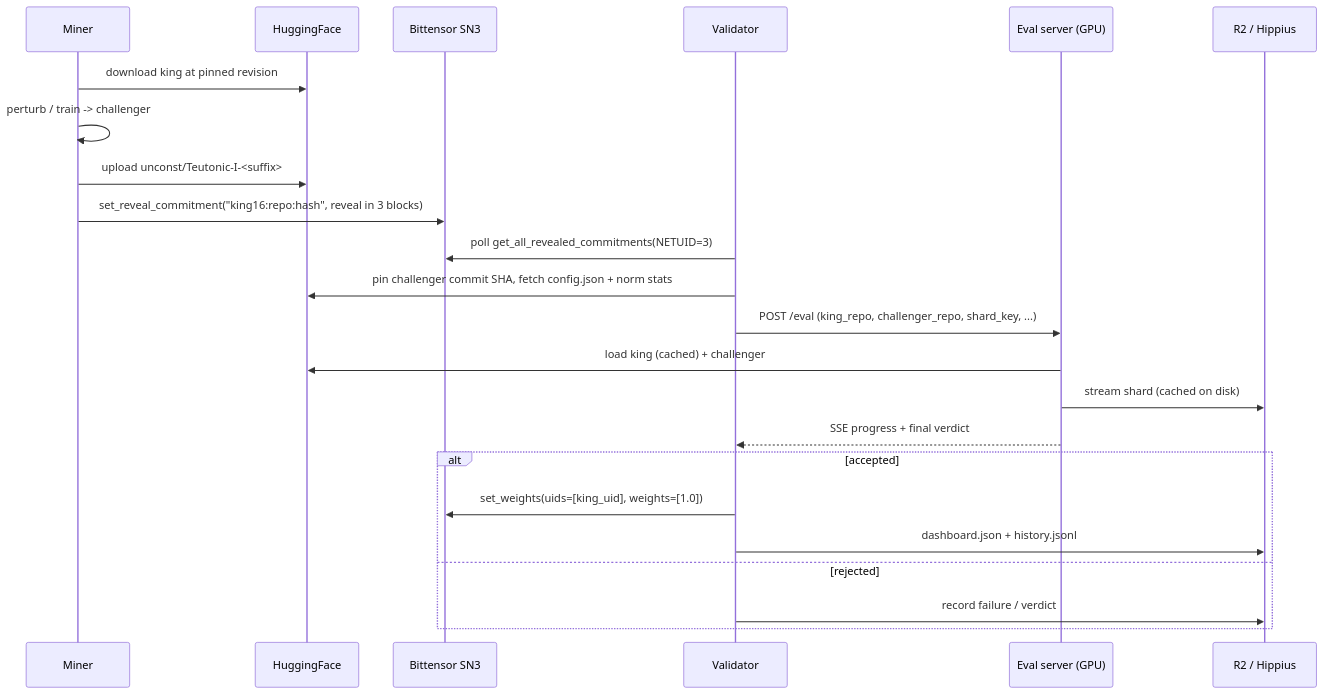
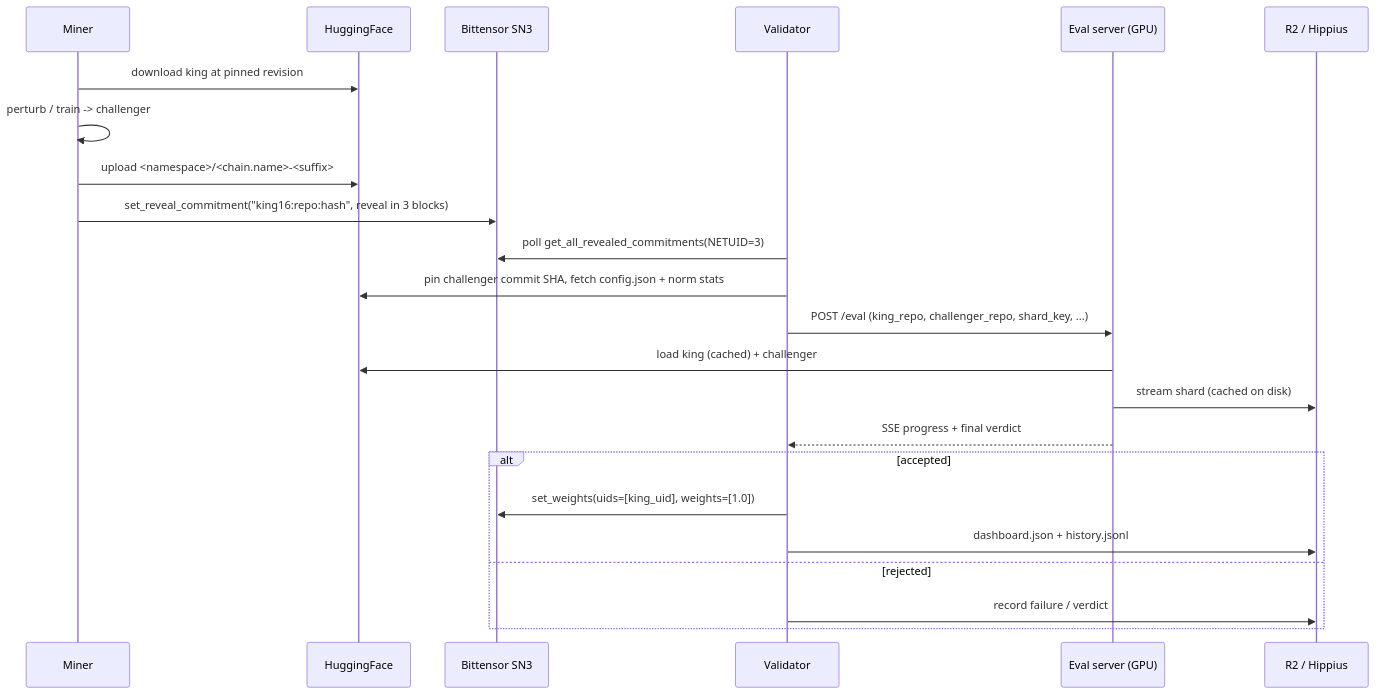
One commit to roykollensvendsen/teutonic changed the first of 2 diagrams in docs/DESIGN.md. Above: the diagram before and after it, drawn with Mermaid. The commit also changed other lines of this file and 34 other files, not shown here.

````diff
--- a/docs/DESIGN.md
+++ b/docs/DESIGN.md
@@ -40,26 +40,26 @@
 ```mermaid
 sequenceDiagram
     participant Miner
     participant HF as HuggingFace
     participant Chain as Bittensor SN3
     participant Validator
     participant EvalSrv as Eval server (GPU)
     participant Store as R2 / Hippius
 
     Miner->>HF: download king at pinned revision
     Miner->>Miner: perturb / train -> challenger
-    Miner->>HF: upload unconst/Teutonic-I-<suffix>
+    Miner->>HF: upload <namespace>/<chain.name>-<suffix>
     Miner->>Chain: set_reveal_commitment("king16:repo:hash", reveal in 3 blocks)
     Validator->>Chain: poll get_all_revealed_commitments(NETUID=3)
     Validator->>HF: pin challenger commit SHA, fetch config.json + norm stats
     Validator->>EvalSrv: POST /eval (king_repo, challenger_repo, shard_key, ...)
     EvalSrv->>HF: load king (cached) + challenger
     EvalSrv->>Store: stream shard (cached on disk)
     EvalSrv-->>Validator: SSE progress + final verdict
     alt accepted
         Validator->>Chain: set_weights(uids=[king_uid], weights=[1.0])
         Validator->>Store: dashboard.json + history.jsonl
     else rejected
         Validator->>Store: record failure / verdict
     end
 ```
````
